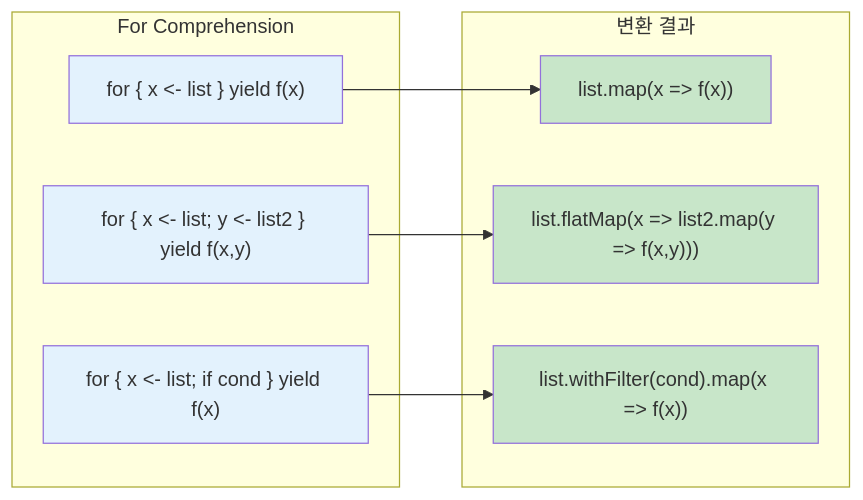
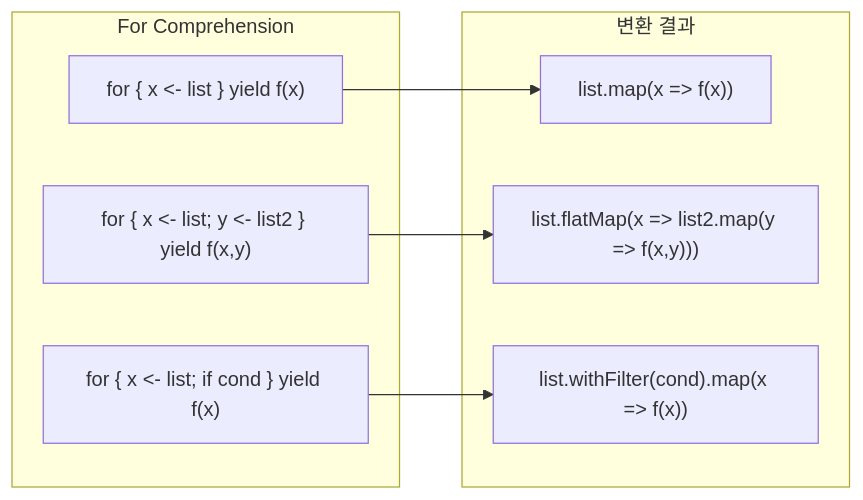
Before and after one commit to advanced-beginner/advanced-beginner.github.io: the diagram in content/ko/scala/concepts/for-comprehensions.md, drawn with Mermaid. The commit also changed 35 other files, not shown here.

First line of the commit message:
refactor: Mermaid 다이어그램 개선

````diff
--- a/content/ko/scala/concepts/for-comprehensions.md
+++ b/content/ko/scala/concepts/for-comprehensions.md
@@ -13,25 +13,18 @@
 ```mermaid
 flowchart LR
     subgraph "For Comprehension"
         FC1["for { x <- list } yield f(x)"]
         FC2["for { x <- list; y <- list2 } yield f(x,y)"]
         FC3["for { x <- list; if cond } yield f(x)"]
     end
 
     subgraph "변환 결과"
         R1["list.map(x => f(x))"]
         R2["list.flatMap(x => list2.map(y => f(x,y)))"]
         R3["list.withFilter(cond).map(x => f(x))"]
     end
 
     FC1 --> R1
     FC2 --> R2
     FC3 --> R3
-
-    style FC1 fill:#e3f2fd
-    style FC2 fill:#e3f2fd
-    style FC3 fill:#e3f2fd
-    style R1 fill:#c8e6c9
-    style R2 fill:#c8e6c9
-    style R3 fill:#c8e6c9
 ```
````
